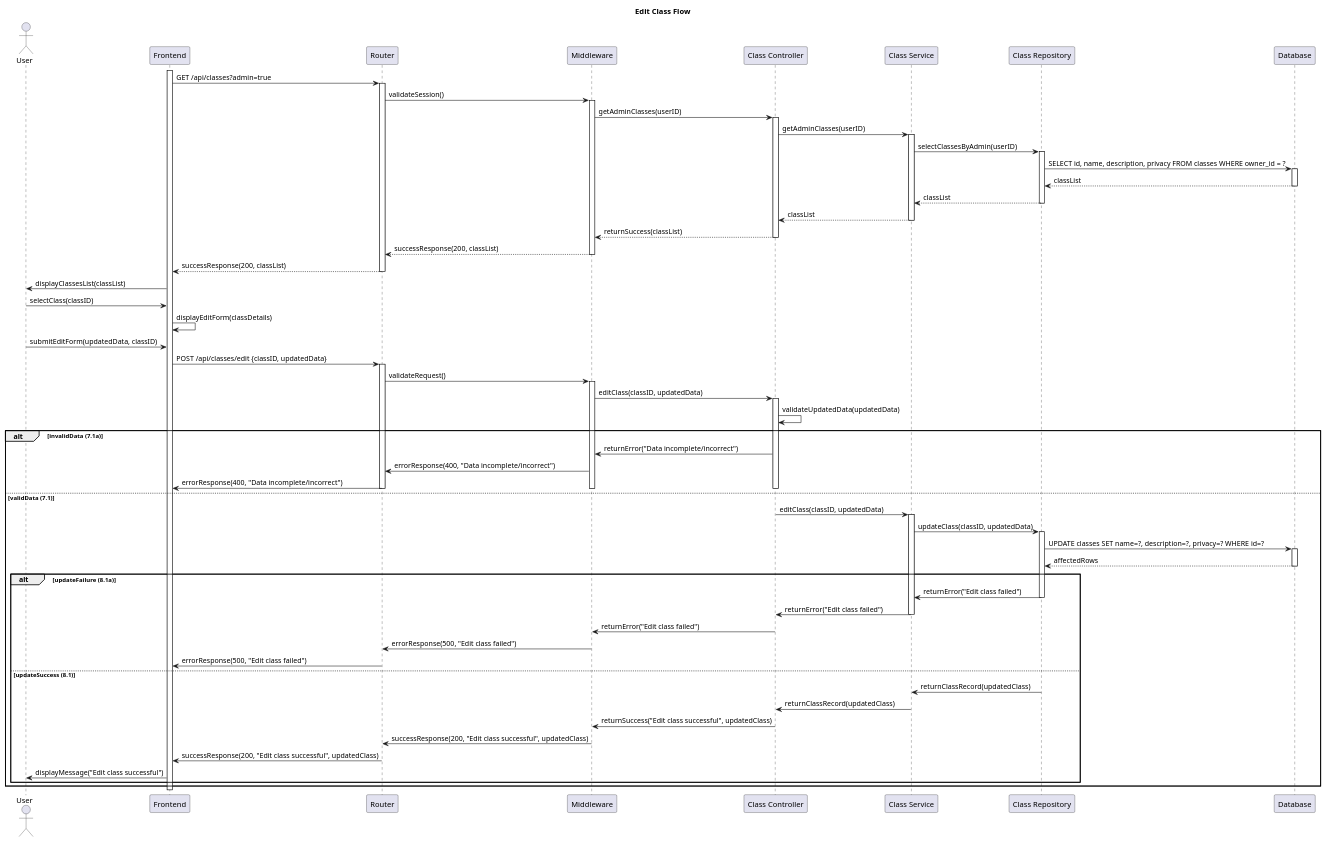
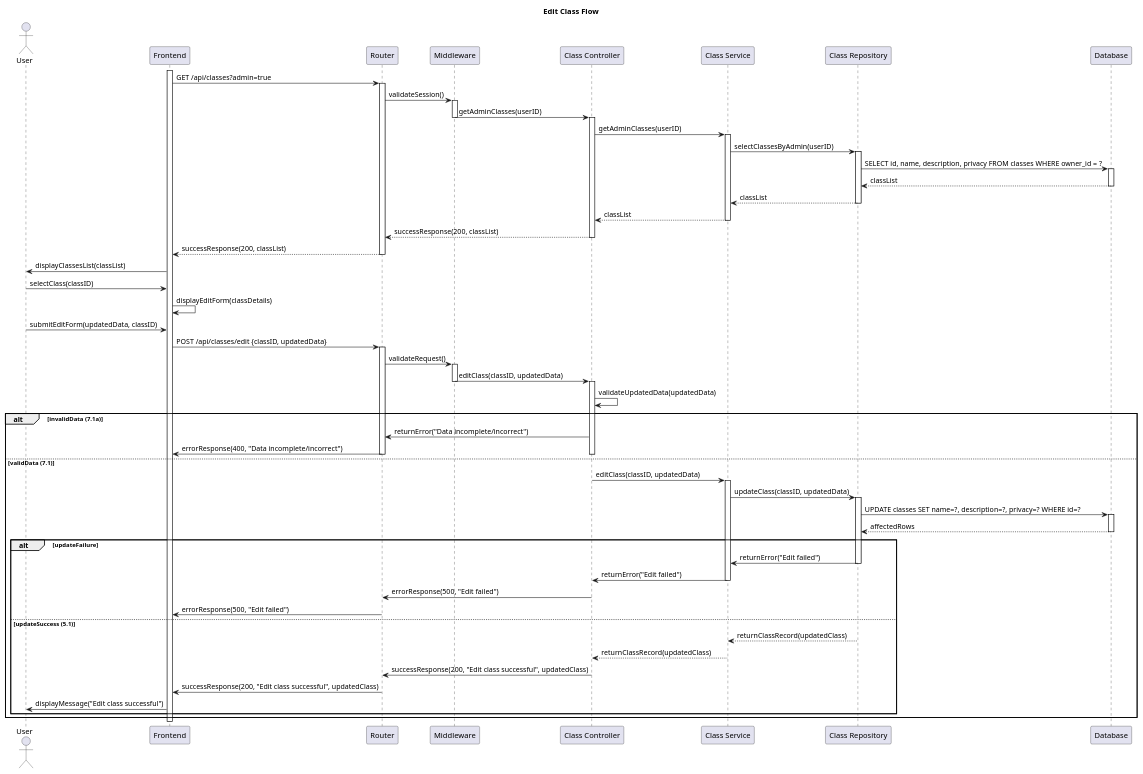
The diagram in SD-Edit-Class.puml (CS371-Project-Management/CS371-Sequence-Diagram), drawn with PlantUML before and after one commit. The commit also changed 4 other files, not shown here.

```diff
--- a/SD-Edit-Class.puml
+++ b/SD-Edit-Class.puml
@@ -1,96 +1,92 @@
 @startuml
 title Edit Class Flow
 
 actor User
 participant "Frontend" as FE
 participant "Router" as Router
 participant "Middleware" as MW
 participant "Class Controller" as Controller
 participant "Class Service" as Service
 participant "Class Repository" as Repository
 participant "Database" as DB
 
 'Retrieve Admin Classes'
 activate FE
 FE -> Router: GET /api/classes?admin=true
 activate Router
 Router -> MW: validateSession()
 activate MW
 MW -> Controller: getAdminClasses(userID)
+deactivate MW
 activate Controller
 Controller -> Service: getAdminClasses(userID)
 activate Service
 Service -> Repository: selectClassesByAdmin(userID)
 activate Repository
 Repository -> DB: SELECT id, name, description, privacy FROM classes WHERE owner_id = ?
 activate DB
 DB --> Repository: classList
 deactivate DB
 Repository --> Service: classList
 deactivate Repository
 Service --> Controller: classList
 deactivate Service
-Controller --> MW: returnSuccess(classList)
+Controller --> Router: successResponse(200, classList)
 deactivate Controller
-MW --> Router: successResponse(200, classList)
-deactivate MW
 Router --> FE: successResponse(200, classList)
 deactivate Router
 FE -> User: displayClassesList(classList)
 
 'Edit Class'
 User -> FE: selectClass(classID)
 FE -> FE: displayEditForm(classDetails)
 
 User -> FE: submitEditForm(updatedData, classID)
 FE -> Router: POST /api/classes/edit {classID, updatedData}
 activate Router
 Router -> MW: validateRequest()
 activate MW
 MW -> Controller: editClass(classID, updatedData)
+deactivate MW
 activate Controller
 Controller -> Controller: validateUpdatedData(updatedData)
 alt invalidData (7.1a)
-    Controller -> MW: returnError("Data incomplete/incorrect")
-    MW -> Router: errorResponse(400, "Data incomplete/incorrect")
+    Controller -> Router: returnError("Data incomplete/incorrect")
     Router -> FE: errorResponse(400, "Data incomplete/incorrect")
     deactivate Controller
-    deactivate MW
     deactivate Router
 else validData (7.1)
     Controller -> Service: editClass(classID, updatedData)
     activate Service
     Service -> Repository: updateClass(classID, updatedData)
     activate Repository
     Repository -> DB: UPDATE classes SET name=?, description=?, privacy=? WHERE id=?
     activate DB
     DB --> Repository: affectedRows
     deactivate DB
-    alt updateFailure (8.1a)
-        Repository -> Service: returnError("Edit class failed")
+    alt updateFailure
+        Repository -> Service: returnError("Edit failed")
         deactivate Repository
-        Service -> Controller: returnError("Edit class failed")
+        Service -> Controller: returnError("Edit failed")
         deactivate Service
-        Controller -> MW: returnError("Edit class failed")
-        MW -> Router: errorResponse(500, "Edit class failed")
-        Router -> FE: errorResponse(500, "Edit class failed")
+        Controller -> Router: errorResponse(500, "Edit failed")
+        Router -> FE: errorResponse(500, "Edit failed")
         deactivate Controller
         deactivate MW
         deactivate Router
-    else updateSuccess (8.1)
-        Repository -> Service: returnClassRecord(updatedClass)
+    else updateSuccess (5.1)
+        Repository --> Service: returnClassRecord(updatedClass)
         deactivate Repository
-        Service -> Controller: returnClassRecord(updatedClass)
+        Service --> Controller: returnClassRecord(updatedClass)
         deactivate Service
-        Controller -> MW: returnSuccess("Edit class successful", updatedClass)
-        MW -> Router: successResponse(200, "Edit class successful", updatedClass)
+        Controller -> Router: successResponse(200, "Edit class successful", updatedClass)
         Router -> FE: successResponse(200, "Edit class successful", updatedClass)
         FE -> User: displayMessage("Edit class successful")
         deactivate Controller
         deactivate MW
         deactivate Router
     end
 end
 deactivate FE
 
 @enduml
```
